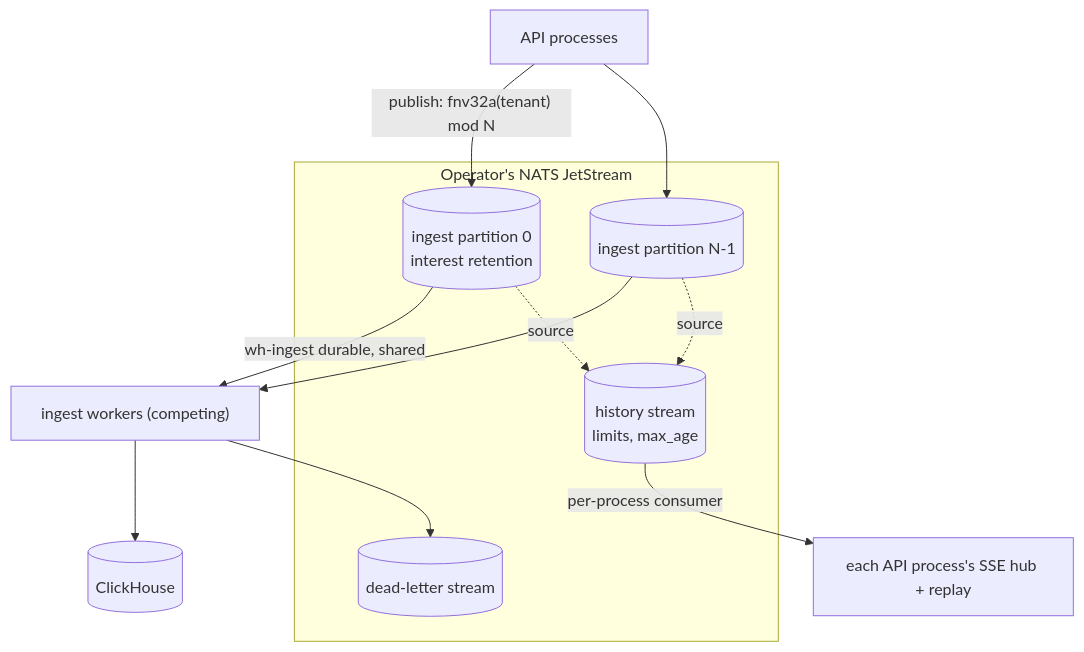
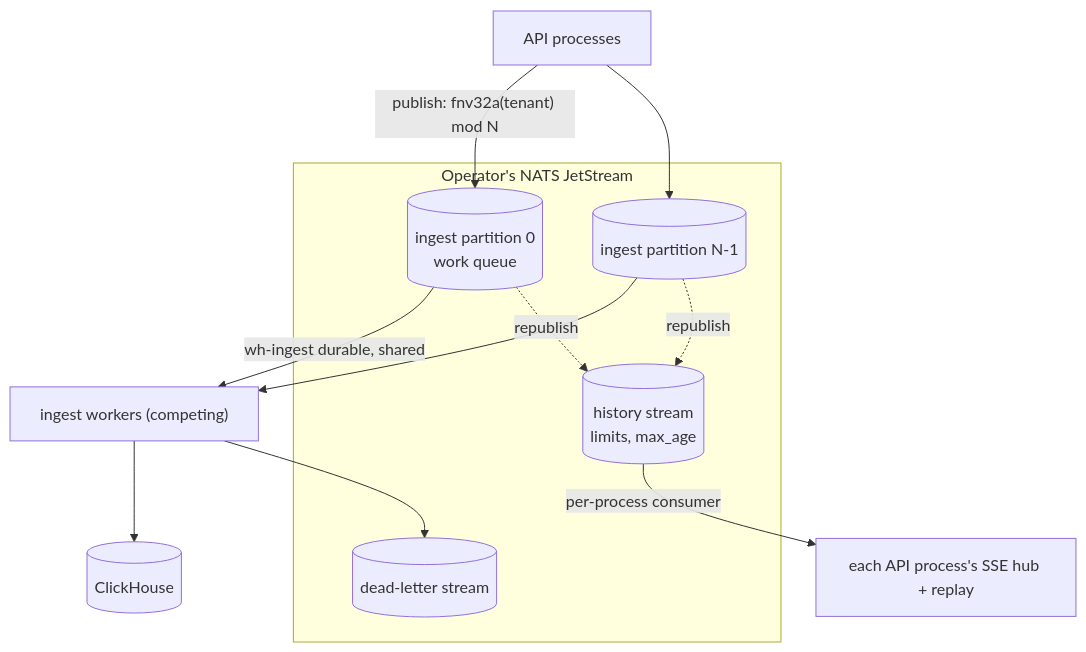
One commit to Wave-RF/WaveHouse changed the eighth of 8 diagrams in docs/src/content/docs/ingest-pipeline.md. Above: the diagram before and after it, drawn with Mermaid. The commit also changed other lines of this file and 18 other files, not shown here.

````diff
--- a/docs/src/content/docs/ingest-pipeline.md
+++ b/docs/src/content/docs/ingest-pipeline.md
@@ -270,18 +270,18 @@
 ```mermaid
 flowchart TD
     subgraph NATS["Operator's NATS JetStream"]
-        P0[("ingest partition 0<br/>interest retention")]
+        P0[("ingest partition 0<br/>work queue")]
         P1[("ingest partition N-1")]
         H[("history stream<br/>limits, max_age")]
         D[("dead-letter stream")]
     end
     API["API processes"] -->|"publish: fnv32a(tenant) mod N"| P0
     API --> P1
     P0 -->|"wh-ingest durable, shared"| W["ingest workers (competing)"]
     P1 --> W
-    P0 -. source .-> H
-    P1 -. source .-> H
+    P0 -. republish .-> H
+    P1 -. republish .-> H
     H -->|"per-process consumer"| Hub["each API process's SSE hub + replay"]
     W --> CH[("ClickHouse")]
     W --> D
 ```
````
